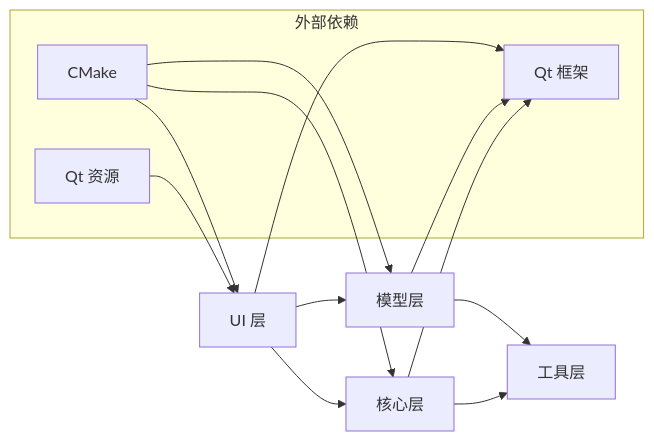
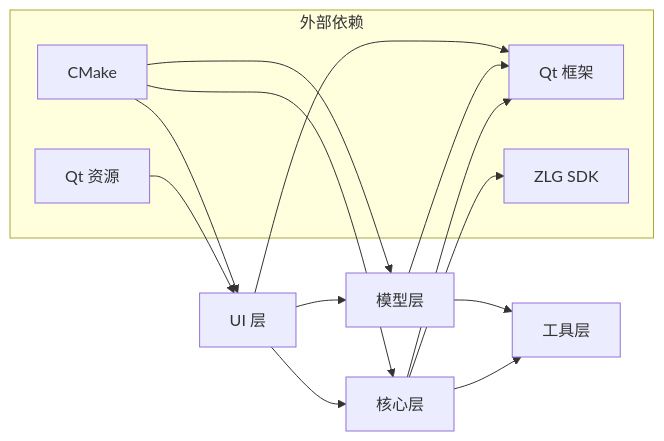
One commit to jakecai1225-design/OpenBus changed the eighth of 8 diagrams in .qoder/repowiki/zh/content/项目概述/CAN总线分析工具.md. Above: the diagram before and after it, drawn with Mermaid. The commit also changed other lines of this file and 22 other files, not shown here.

Commit message:
trace graphic

````diff
--- a/.qoder/repowiki/zh/content/项目概述/CAN总线分析工具.md
+++ b/.qoder/repowiki/zh/content/项目概述/CAN总线分析工具.md
@@ -767,19 +727,21 @@
 ```mermaid
 graph LR
 UI["UI 层"] --> Models["模型层"]
 UI --> Core["核心层"]
 Models --> Utils["工具层"]
 Core --> Utils
 subgraph "外部依赖"
 Qt["Qt 框架"]
 CMake["CMake"]
 QRC["Qt 资源"]
+ZLG["ZLG SDK"]
 end
 UI --> Qt
 Models --> Qt
 Core --> Qt
+Core --> ZLG
 CMake --> UI
 CMake --> Models
 CMake --> Core
 QRC --> UI
 ```
````
